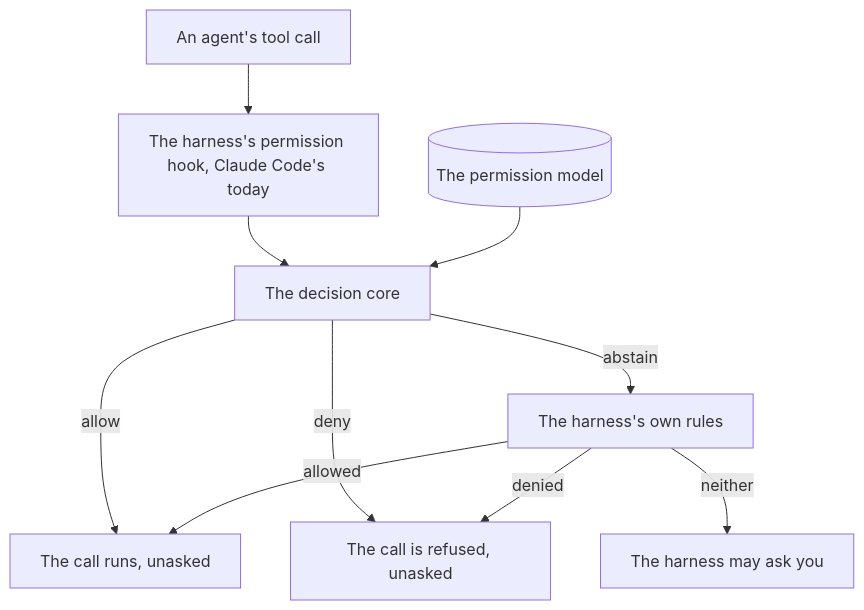
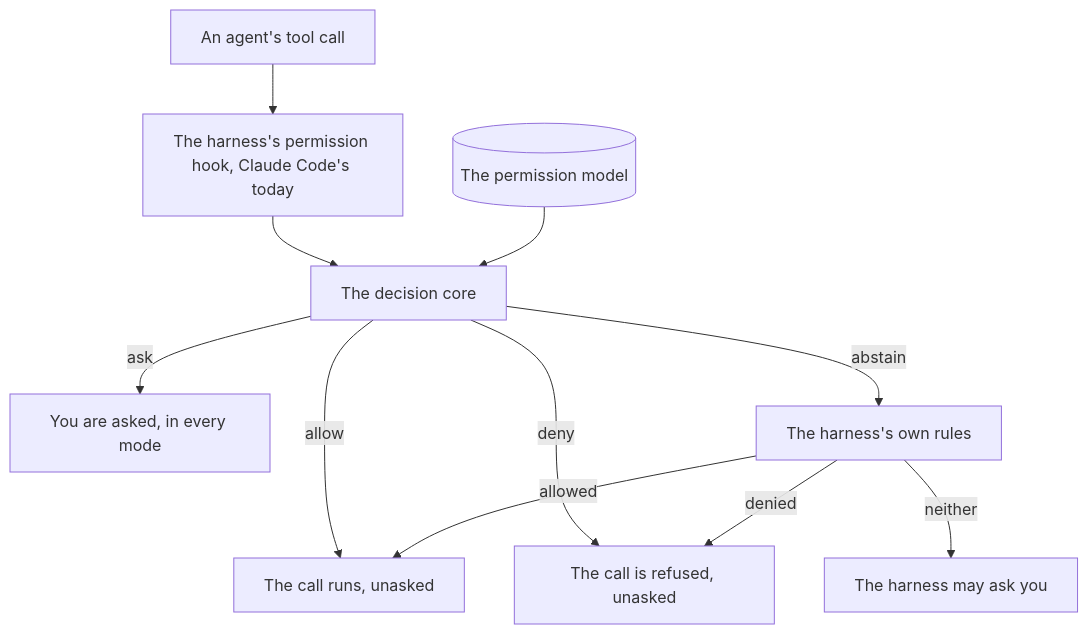
Before and after one commit to aleskalfas/project-kit: the diagram in docs/permissions/README.md, drawn with Mermaid. The commit also changed other lines of this file and 16 other files, not shown here.

First line of the commit message:
fix(permissions): the core and the hook lock the commands that change what judges

````diff
--- a/docs/permissions/README.md
+++ b/docs/permissions/README.md
@@ -159,14 +159,15 @@
 ```mermaid
 flowchart TD
   accTitle: How a tool call is decided
-  accDescr: An agent's tool call goes to the harness's permission hook, Claude Code's today, which has the decision core decide it. The core reads the permission model, and its verdict is allow, deny or abstain. On allow the call runs, and on deny it is refused, with no prompt for either. On abstain, the harness's native rules decide: they run the call or refuse it, and otherwise the harness may ask you.
+  accDescr: An agent's tool call goes to the harness's permission hook, Claude Code's today, which has the decision core decide it. The core reads the permission model, and its verdict is allow, deny, ask or abstain. On allow the call runs, and on deny it is refused, with no prompt for either. On ask, you are asked in every mode. On abstain, the harness's native rules decide: they run the call or refuse it, and otherwise the harness may ask you.
   call["An agent's tool call"] --> hook["The harness's permission hook, Claude Code's today"]
   hook --> core["The decision core"]
   model[("The permission model")] --> core
   core -->|allow| runs["The call runs, unasked"]
   core -->|deny| refused["The call is refused, unasked"]
+  core -->|ask| interlock["You are asked, in every mode"]
   core -->|abstain| rules["The harness's own rules"]
   rules -->|allowed| runs
   rules -->|denied| refused
   rules -->|neither| asked["The harness may ask you"]
 ```
````
